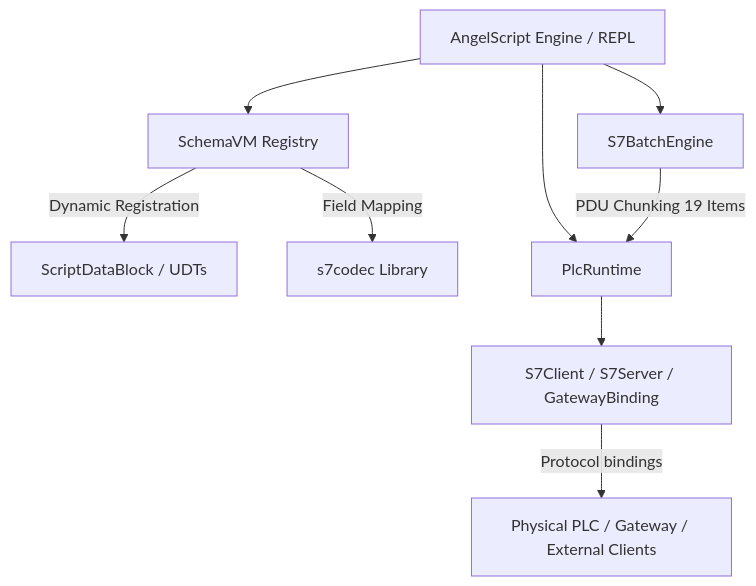
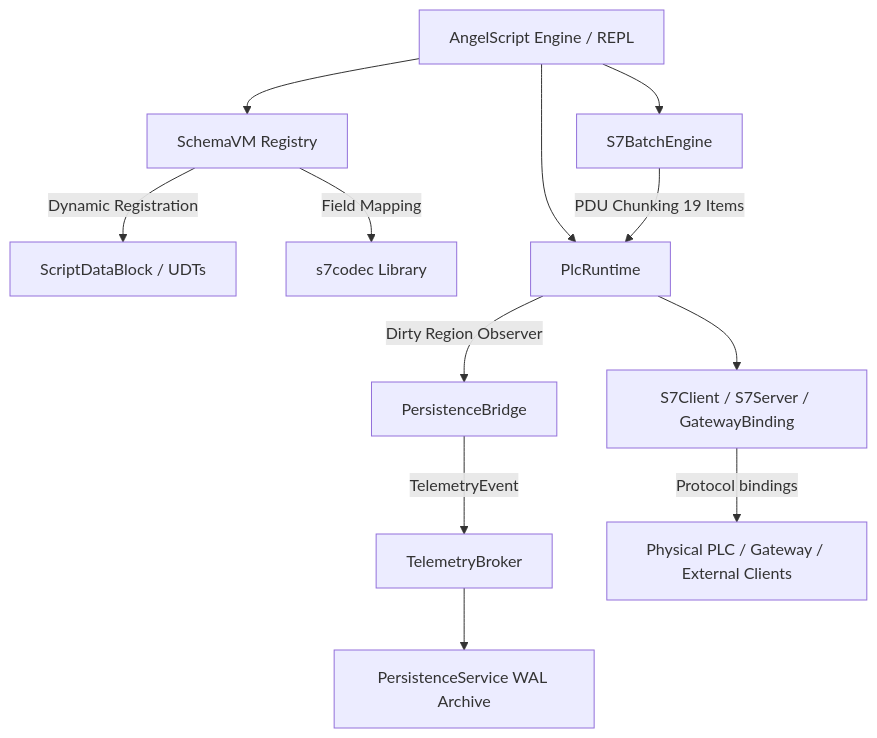
Before and after one commit to Kahoul-Ibrahim-El-Khalil/SGRN: the diagram in sgrn/s7shell/README.md, drawn with Mermaid. The commit also changed other lines of this file and 54 other files, not shown here.

````diff
--- a/sgrn/s7shell/README.md
+++ b/sgrn/s7shell/README.md
@@ -37,11 +298,14 @@
 ```mermaid
 graph TD
     A[AngelScript Engine / REPL] --> B[SchemaVM Registry]
     B -->|Dynamic Registration| C[ScriptDataBlock / UDTs]
     B -->|Field Mapping| D[s7codec Library]
     A --> E[PlcRuntime]
     E --> F[S7Client / S7Server / GatewayBinding]
+    E -->|Dirty Region Observer| P[PersistenceBridge]
+    P -->|TelemetryEvent| TB[TelemetryBroker]
+    TB --> PS[PersistenceService WAL Archive]
     F -->|Protocol bindings| H[Physical PLC / Gateway / External Clients]
     A --> G[S7BatchEngine]
     G -->|PDU Chunking 19 Items| E
 ```
````
